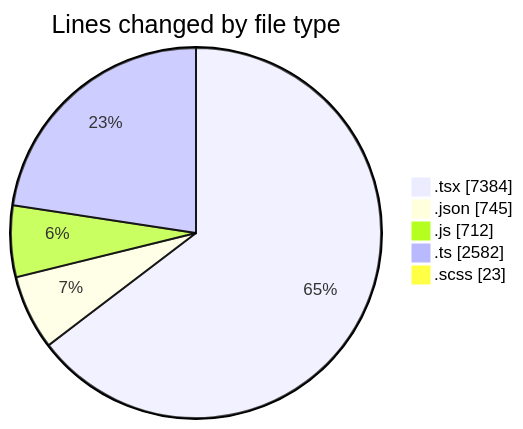
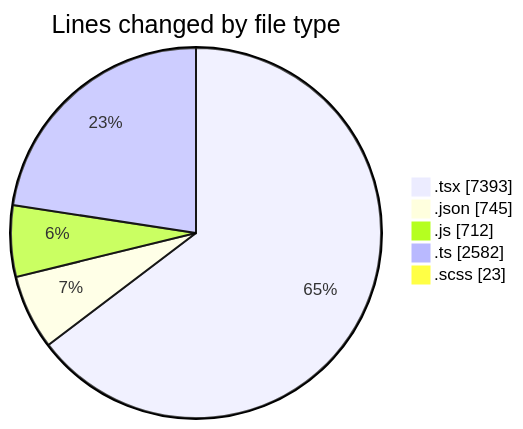
One commit to momahboobian/code-tracking changed the first of 2 diagrams in 2026-08-07/cda/README.md. Above: the diagram before and after it, drawn with Mermaid. The commit also changed other lines of this file and 1 other file, not shown here.

````diff
--- a/2026-08-07/cda/README.md
+++ b/2026-08-07/cda/README.md
@@ -35,9 +35,9 @@
 ```mermaid
 pie showData
 title Lines changed by file type
-".tsx" : 7384
+".tsx" : 7393
 ".json" : 745
 ".js" : 712
 ".ts" : 2582
 ".scss" : 23
 ```
````
